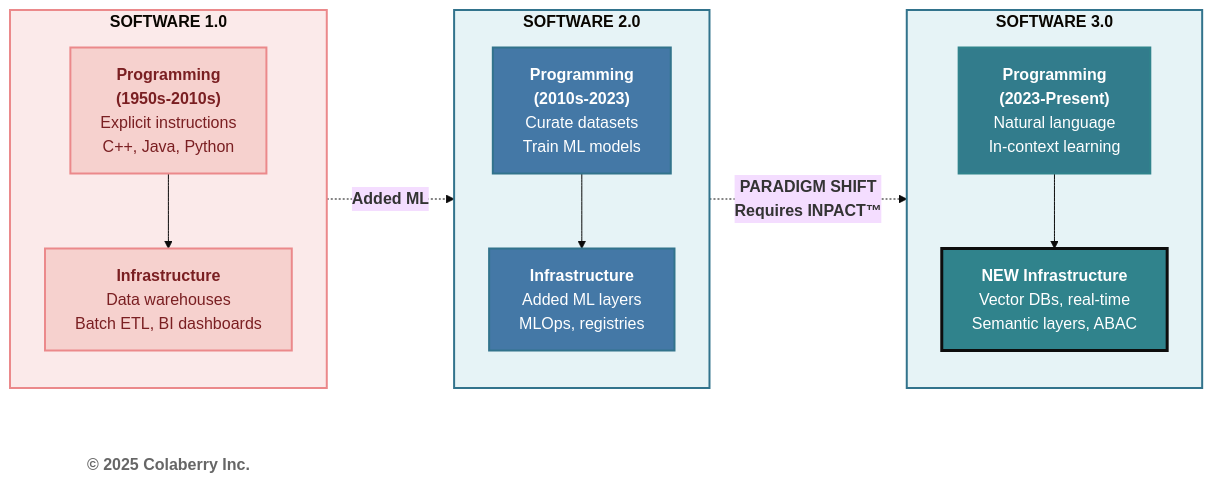
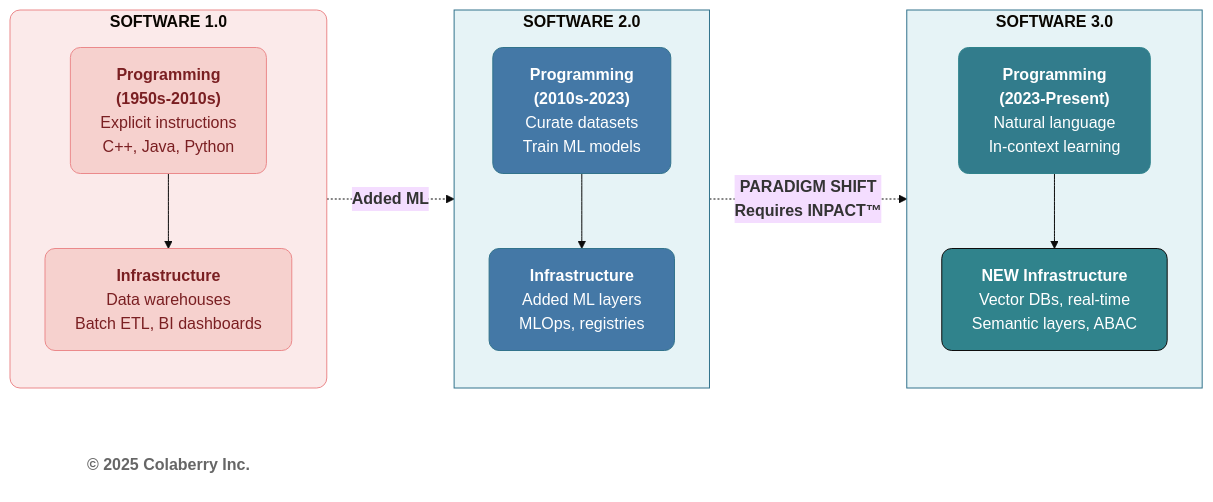
The second of 4 diagrams in manuscript/04_chapter_3_from_bi_to_agent.md (colaberry/trust-before-intelligence-book), drawn with Mermaid (base theme) before and after one commit. The commit also changed other lines of this file and 12 other files, not shown here.

````diff
--- a/manuscript/04_chapter_3_from_bi_to_agent.md
+++ b/manuscript/04_chapter_3_from_bi_to_agent.md
@@ -125,46 +125,46 @@
 ```mermaid
 graph LR
     subgraph era1["<b>SOFTWARE 1.0</b>"]
         direction TB
         P1["<b>Programming</b><br/><b>(1950s-2010s)</b><br/>Explicit instructions<br/>C++, Java, Python"]
         I1["<b>Infrastructure</b><br/>Data warehouses<br/>Batch ETL, BI dashboards"]
         P1 --> I1
     end
     
     subgraph era2["<b>SOFTWARE 2.0</b>"]
         direction TB
         P2["<b>Programming</b><br/><b>(2010s-2023)</b><br/>Curate datasets<br/>Train ML models"]
         I2["<b>Infrastructure</b><br/>Added ML layers<br/>MLOps, registries"]
         P2 --> I2
     end
     
     subgraph era3["<b>SOFTWARE 3.0</b>"]
         direction TB
         P3["<b>Programming</b><br/><b>(2023-Present)</b><br/>Natural language<br/>In-context learning"]
         I3["<b>NEW Infrastructure</b><br/>Vector DBs, real-time<br/>Semantic layers, ABAC"]
         P3 --> I3
     end
 
     era1 -.->|<b>Added ML</b>| era2
     era2 -.->|<b>PARADIGM SHIFT<br/>Requires INPACT™</b>| era3
 
 
     %% SOFTWARE 1.0 — Problems / Old Approach (CORAL)
-    style era1 fill:#FBEAEA,stroke:#EB898B,stroke-width:2px
-    style P1 fill:#F6D1CE,stroke:#EB898B,stroke-width:2px,color:#7A1F22
-    style I1 fill:#F6D1CE,stroke:#EB898B,stroke-width:2px,color:#7A1F22
+    style era1 fill:#FBEAEA,stroke:#EB898B,stroke-width:1px,rx:10,ry:10,rx:10,ry:10
+    style P1 fill:#F6D1CE,stroke:#EB898B,stroke-width:1px,color:#7A1F22,rx:10,ry:10
+    style I1 fill:#F6D1CE,stroke:#EB898B,stroke-width:1px,color:#7A1F22,rx:10,ry:10
 
     %% SOFTWARE 2.0 — Intermediate / Transition (MUTED BLUE)
-    style era2 fill:#E6F3F6,stroke:#32738C,stroke-width:2px
-    style P2 fill:#4478A6,stroke:#32738C,stroke-width:2px,color:#ffffff
-    style I2 fill:#4478A6,stroke:#32738C,stroke-width:2px,color:#ffffff
+    style era2 fill:#E6F3F6,stroke:#32738C,stroke-width:1px
+    style P2 fill:#4478A6,stroke:#32738C,stroke-width:1px,color:#ffffff,rx:10,ry:10
+    style I2 fill:#4478A6,stroke:#32738C,stroke-width:1px,color:#ffffff,rx:10,ry:10
 
     %% SOFTWARE 3.0 — Solution / Modern (TEAL)
-    style era3 fill:#E6F3F6,stroke:#32738C,stroke-width:2px
-    style P3 fill:#327C8C,stroke:#30838C,stroke-width:2px,color:#ffffff
-    style I3 fill:#30838C,stroke:#0D0D0D,stroke-width:3px,color:#ffffff
+    style era3 fill:#E6F3F6,stroke:#32738C,stroke-width:1px
+    style P3 fill:#327C8C,stroke:#30838C,stroke-width:1px,color:#ffffff,rx:10,ry:10
+    style I3 fill:#30838C,stroke:#0D0D0D,stroke-width:1px,color:#ffffff,rx:10,ry:10
 
     %% COPYRIGHT — Neutral
     Copyright["<b>© 2025 Colaberry Inc.</b>"]
-    style Copyright fill:#ffffff,stroke:none,color:#666666
+    style Copyright fill:none,stroke:none,color:#666666
 ```
````
